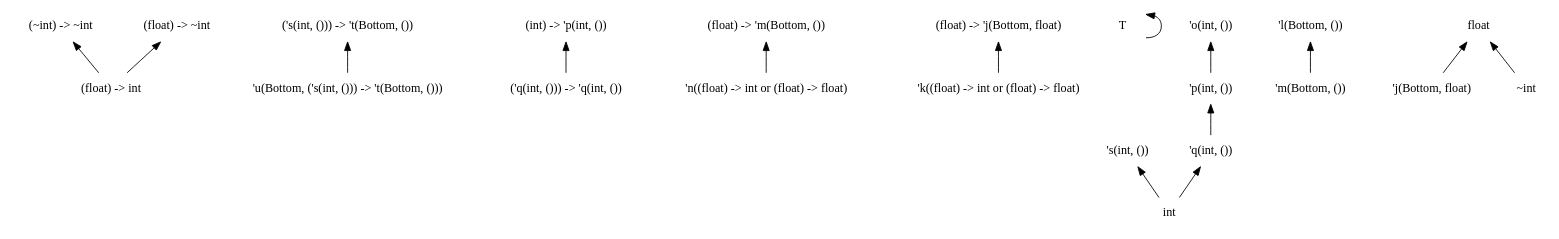
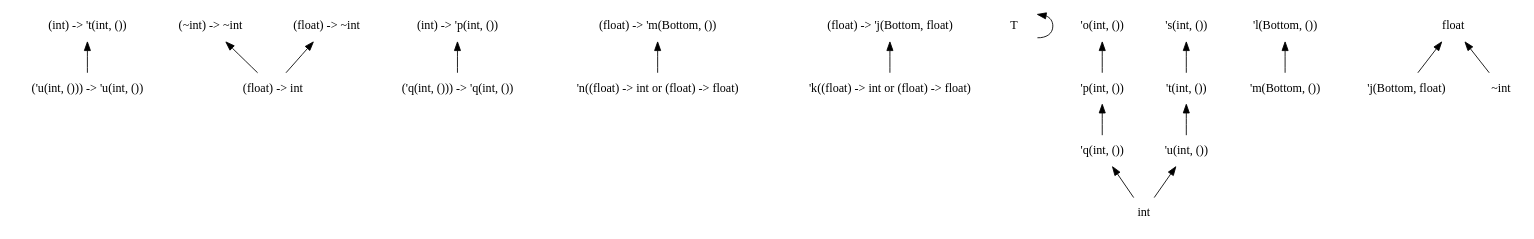
One commit to chocobo333/regino changed the diagram in dots/5.dot. Above: the diagram before and after it, drawn with Graphviz. The commit also changed 39 other files, not shown here.

```diff
--- a/dots/5.dot
+++ b/dots/5.dot
@@ -1,47 +1,51 @@
 digraph order {
   graph [
     size = "30,10"
     ];
   node [
     shape = none
     ];
   edge [
     dir = back
     ];
+  "('u(int, ())) -> 'u(int, ())"
   "(~int) -> ~int"
   "(float) -> ~int"
-  "('s(int, ())) -> 't(Bottom, ())"
+  "(int) -> 't(int, ())"
   "(int) -> 'p(int, ())"
   "(float) -> 'm(Bottom, ())"
   "(float) -> 'j(Bottom, float)"
   "T"
   "'k((float) -> int or (float) -> float)"
   "'n((float) -> int or (float) -> float)"
-  "'u(Bottom, ('s(int, ())) -> 't(Bottom, ()))"
+  "'t(int, ())"
+  "'u(int, ())"
   "'p(int, ())"
   "'q(int, ())"
   "'m(Bottom, ())"
   "'j(Bottom, float)"
   "'s(int, ())"
   "'o(int, ())"
   "'l(Bottom, ())"
   "float"
   "int"
   "~int"
   "('q(int, ())) -> 'q(int, ())"
   "(float) -> int"
   "(float) -> 'm(Bottom, ())" -> "'n((float) -> int or (float) -> float)"
   "(float) -> 'j(Bottom, float)" -> "'k((float) -> int or (float) -> float)"
   "(~int) -> ~int" -> "(float) -> int"
   "(float) -> ~int" -> "(float) -> int"
   "T" -> "T"
   "float" -> "'j(Bottom, float)"
   "float" -> "~int"
-  "'s(int, ())" -> "int"
+  "'s(int, ())" -> "'t(int, ())"
+  "'u(int, ())" -> "int"
+  "'t(int, ())" -> "'u(int, ())"
   "'o(int, ())" -> "'p(int, ())"
   "'q(int, ())" -> "int"
   "'p(int, ())" -> "'q(int, ())"
   "'l(Bottom, ())" -> "'m(Bottom, ())"
-  "('s(int, ())) -> 't(Bottom, ())" -> "'u(Bottom, ('s(int, ())) -> 't(Bottom, ()))"
+  "(int) -> 't(int, ())" -> "('u(int, ())) -> 'u(int, ())"
   "(int) -> 'p(int, ())" -> "('q(int, ())) -> 'q(int, ())"
 }
```
